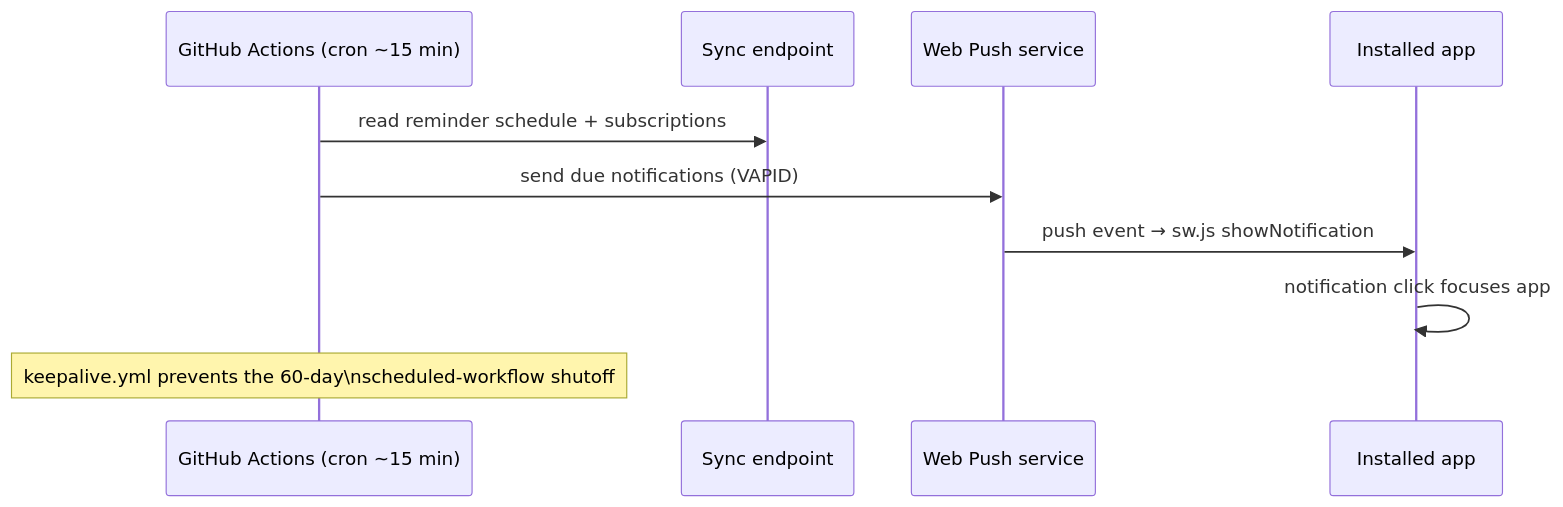
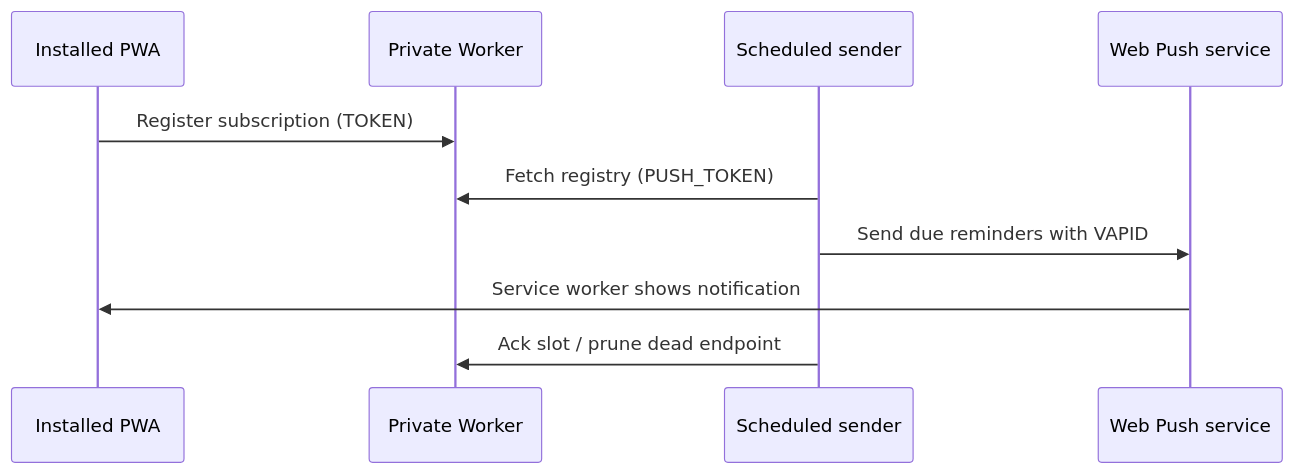
One commit to dirkoh844/Baby-Checklist-App changed the fourth of 4 diagrams in ARCHITECTURE.md. Above: the diagram before and after it, drawn with Mermaid. The commit also changed other lines of this file and 19 other files, not shown here.

````diff
--- a/ARCHITECTURE.md
+++ b/ARCHITECTURE.md
@@ -81,12 +75,12 @@
 ```mermaid
 sequenceDiagram
-  participant GH as GitHub Actions (cron ~15 min)
-  participant EP as Sync endpoint
-  participant PS as Web Push service
-  participant PH as Installed app
-  GH->>EP: read reminder schedule + subscriptions
-  GH->>PS: send due notifications (VAPID)
-  PS->>PH: push event → sw.js showNotification
-  PH->>PH: notification click focuses app
-  Note over GH: keepalive.yml prevents the 60-day\nscheduled-workflow shutoff
+  participant App as Installed PWA
+  participant Worker as Private Worker
+  participant Action as Scheduled sender
+  participant Push as Web Push service
+  App->>Worker: Register subscription (TOKEN)
+  Action->>Worker: Fetch registry (PUSH_TOKEN)
+  Action->>Push: Send due reminders with VAPID
+  Push->>App: Service worker shows notification
+  Action->>Worker: Ack slot / prune dead endpoint
 ```
````
